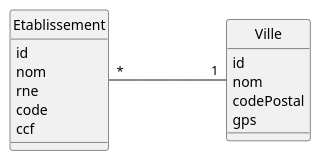
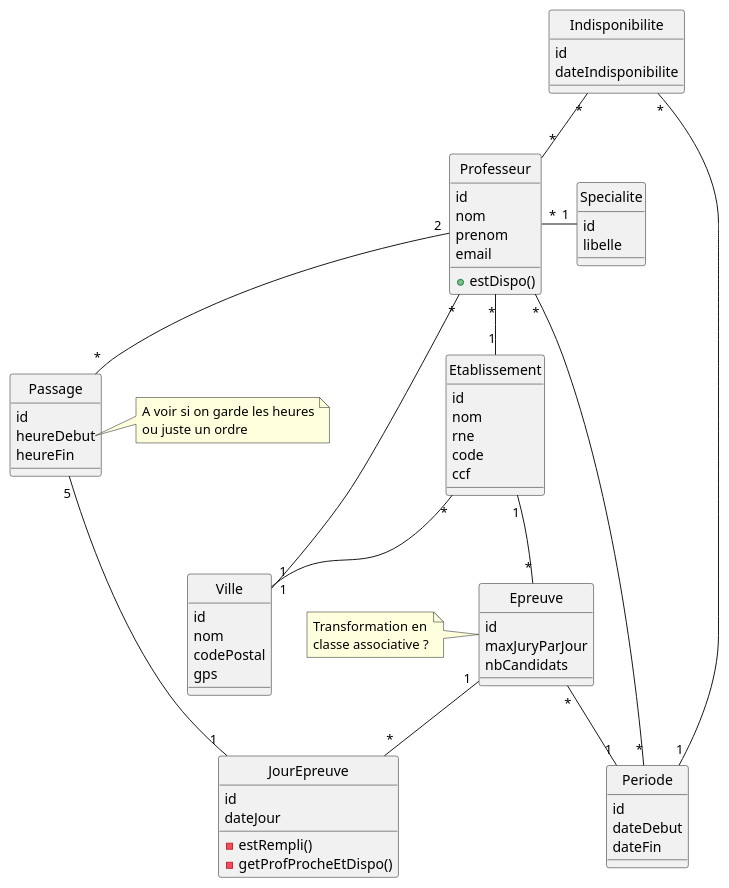
The diagram in docs/analyse.puml (ocapuozzo/planexam), drawn with PlantUML before and after one commit. The commit also changed 8 other files, not shown here.

```diff
--- a/docs/analyse.puml
+++ b/docs/analyse.puml
@@ -1,24 +1,95 @@
 @startuml
 'https://plantuml.com/class-diagram
 
 class Etablissement {
 id
 nom
 rne
 code
 ccf
 }
 
 
 class Ville {
 id
 nom
 codePostal
 gps
 }
 
-Etablissement "*" - "1" Ville: "\t\t\t"
+class Professeur{
+id
+nom
+prenom
+email
++estDispo()
+}
+
+class Specialite{
+id
+libelle
+}
+
+
+class Epreuve{
+id
+maxJuryParJour
+nbCandidats
+}
+
+class Periode{
+id
+dateDebut
+dateFin
+}
+
+class Passage{
+id
+heureDebut
+heureFin
+}
+
+
+class JourEpreuve{
+id
+dateJour
+-estRempli()
+-getProfProcheEtDispo()
+}
+
+class Indisponibilite{
+id
+dateIndisponibilite
+}
+
+Etablissement "*" -- "1" Ville: "\t\t\t"
+Professeur "*" --"1" Etablissement
+Professeur "*" -- "1" Ville
+Professeur "*" - "1" Specialite
+Etablissement "1" -- "*" Epreuve
+Epreuve "*"--"1" Periode
+Professeur "*"--"*" Periode
+Professeur "2"--"*" Passage
+Passage "5"--"1" JourEpreuve
+Indisponibilite "*"--"*" Professeur
+Indisponibilite "*"-"1" Periode
+Epreuve "1" --"*" JourEpreuve
+
+
+note right of Passage::heureDebut
+    A voir si on garde les heures
+    ou juste un ordre
+end note
+
+note left of Epreuve
+    Transformation en
+    classe associative ?
+end note
+
+
+
+
 
 hide circle
 
 @enduml
```
